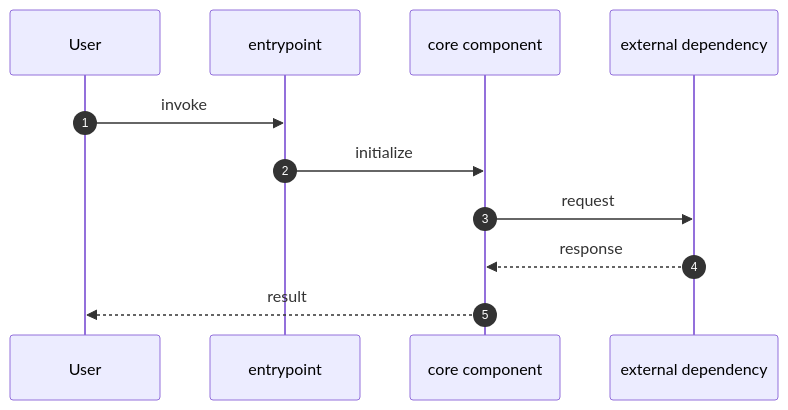
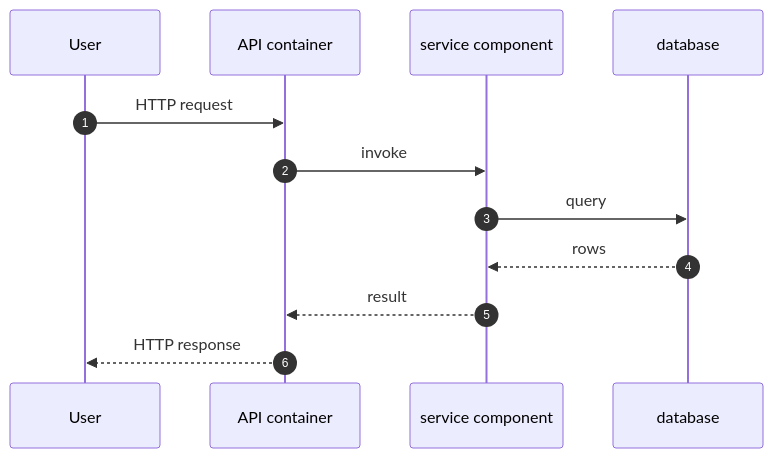
Before and after one commit to tkdtaylor/create-project: the fourth of 4 diagrams in assets/templates/tech/diagrams.md, drawn with Mermaid. The commit also changed other lines of this file and 13 other files, not shown here.

````diff
--- a/assets/templates/tech/diagrams.md
+++ b/assets/templates/tech/diagrams.md
@@ -42,14 +90,15 @@
 ```mermaid
 sequenceDiagram
     autonumber
     participant User
-    participant Entry as entrypoint
-    participant Core as core component
-    participant Ext as external dependency
+    participant API as API container
+    participant Service as service component
+    participant DB as database
 
-    User->>Entry: invoke
-    Entry->>Core: initialize
-    Core->>Ext: request
-    Ext-->>Core: response
-    Core-->>User: result
+    User->>API: HTTP request
+    API->>Service: invoke
+    Service->>DB: query
+    DB-->>Service: rows
+    Service-->>API: result
+    API-->>User: HTTP response
 ```
````
